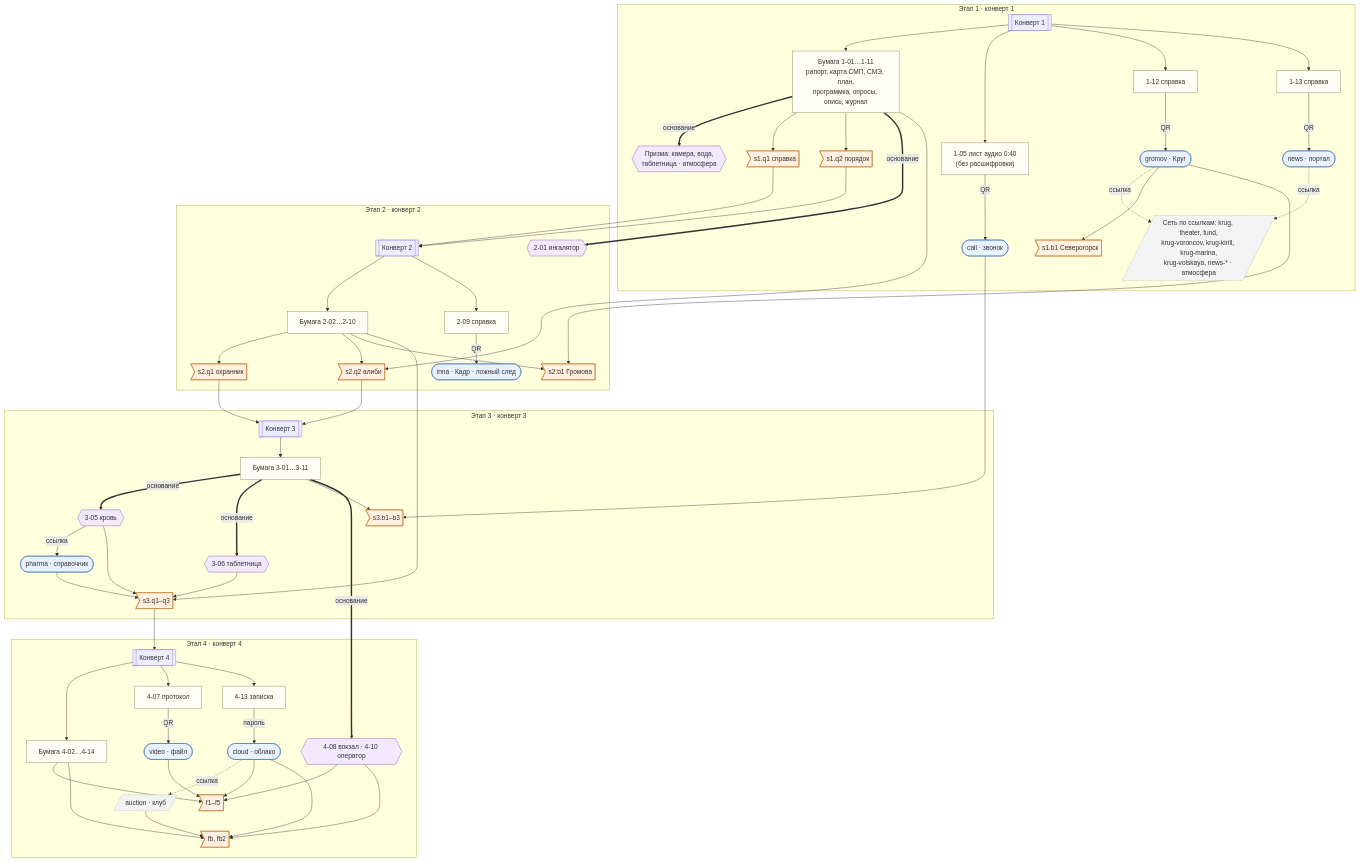
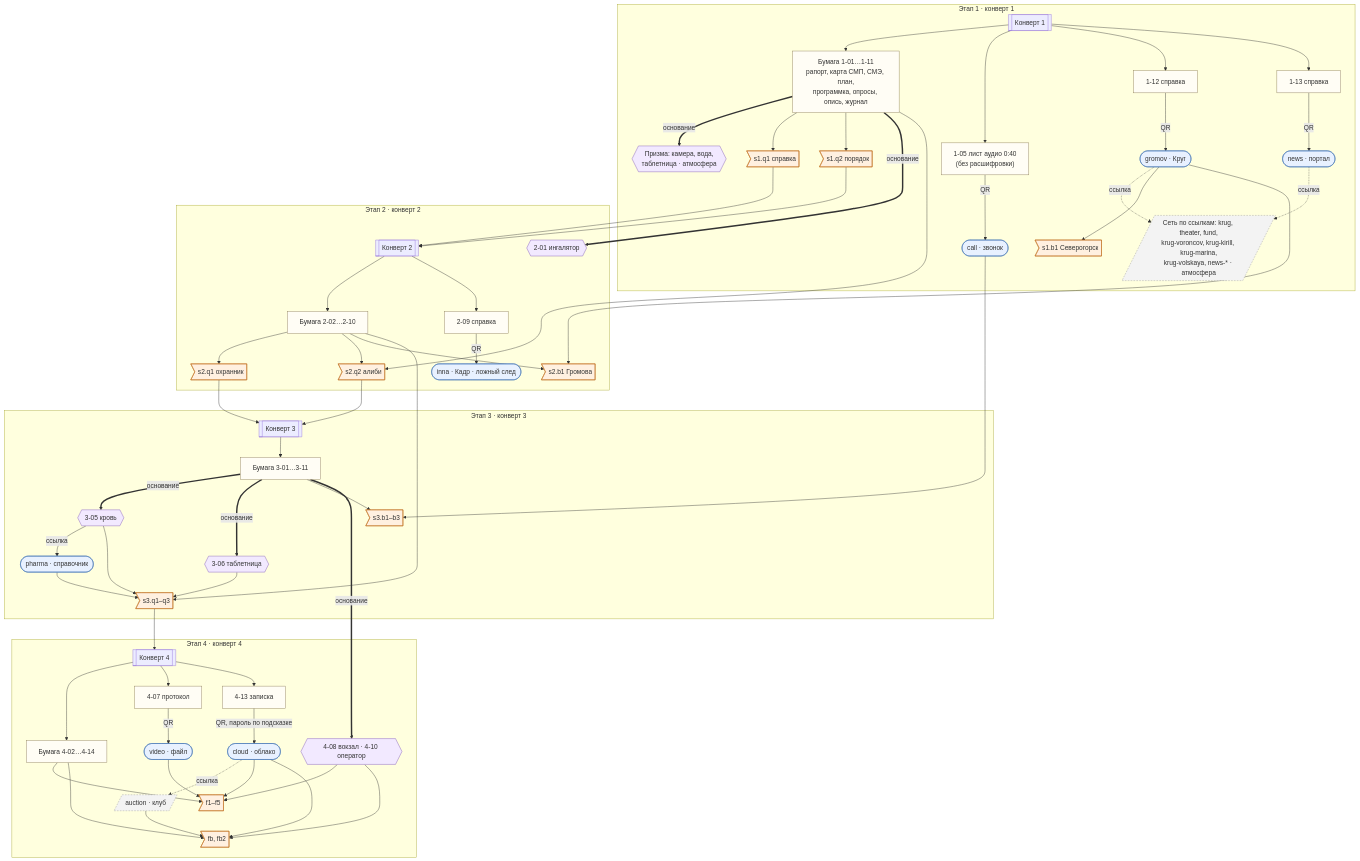
Before and after one commit to mold-a/det-game: the first of 7 diagrams in docs/CLUE-MAP.md, drawn with Mermaid. The commit also changed other lines of this file and 36 other files, not shown here.

```diff
--- a/docs/CLUE-MAP.md
+++ b/docs/CLUE-MAP.md
@@ -247,7 +247,7 @@
   Q3 --> E4
   E4 --> P4 & P407 & P413
   P407 -->|QR| Wvideo
-  P413 -->|пароль| Wcloud
+  P413 -->|QR, пароль по подсказке| Wcloud
   Wcloud -.->|ссылка| Wauction
   P3 ==>|основание| L4
   Wvideo & Wcloud & L4 & P4 --> QF
```
